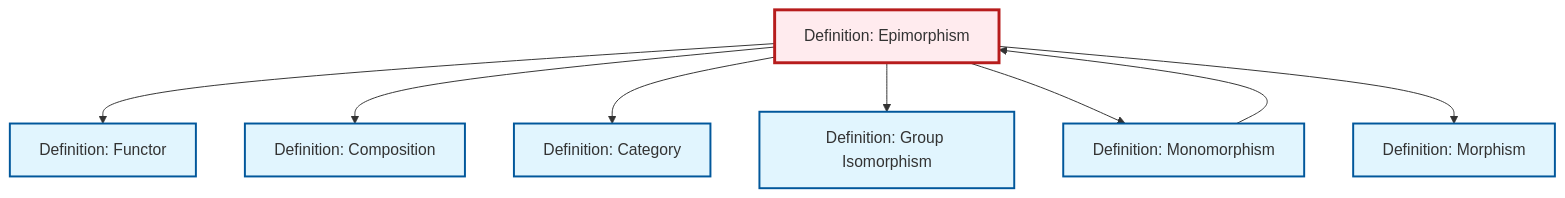
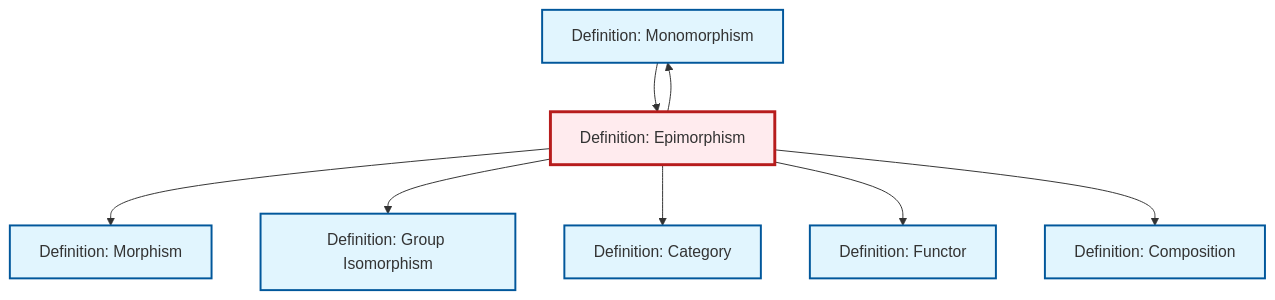
Before and after one commit to RK0429/ModernMath: the diagram in content/en/category-theory/def-epimorphism.qmd, drawn with Mermaid. The commit also changed other lines of this file and 619 other files, not shown here.

````diff
--- a/content/en/category-theory/def-epimorphism.qmd
+++ b/content/en/category-theory/def-epimorphism.qmd
@@ -96,30 +96,30 @@
 ```{mermaid}
 %%| fig-cap: "Local dependency graph"
 graph TD
     classDef definition fill:#e1f5fe,stroke:#01579b,stroke-width:2px
     classDef theorem fill:#f3e5f5,stroke:#4a148c,stroke-width:2px
     classDef axiom fill:#fff3e0,stroke:#e65100,stroke-width:2px
     classDef example fill:#e8f5e9,stroke:#1b5e20,stroke-width:2px
     classDef current fill:#ffebee,stroke:#b71c1c,stroke-width:3px
-    def-epimorphism["Definition: Epimorphism"]:::definition
-    def-category["Definition: Category"]:::definition
-    def-isomorphism["Definition: Group Isomorphism"]:::definition
-    def-morphism["Definition: Morphism"]:::definition
-    def-monomorphism["Definition: Monomorphism"]:::definition
     def-composition["Definition: Composition"]:::definition
     def-functor["Definition: Functor"]:::definition
+    def-monomorphism["Definition: Monomorphism"]:::definition
+    def-epimorphism["Definition: Epimorphism"]:::definition
+    def-morphism["Definition: Morphism"]:::definition
+    def-isomorphism["Definition: Group Isomorphism"]:::definition
+    def-category["Definition: Category"]:::definition
+    def-epimorphism --> def-morphism
     def-monomorphism --> def-epimorphism
+    def-epimorphism --> def-isomorphism
+    def-epimorphism --> def-category
     def-epimorphism --> def-functor
     def-epimorphism --> def-composition
-    def-epimorphism --> def-category
-    def-epimorphism --> def-isomorphism
     def-epimorphism --> def-monomorphism
-    def-epimorphism --> def-morphism
     class def-epimorphism current
-    click def-category "def-category.html" "Go to Category definition"
-    click def-isomorphism "def-isomorphism.html" "Go to Group Isomorphism definition"
-    click def-morphism "def-morphism.html" "Go to Morphism definition"
-    click def-monomorphism "def-monomorphism.html" "Go to Monomorphism definition"
     click def-composition "def-composition.html" "Go to Composition definition"
     click def-functor "def-functor.html" "Go to Functor definition"
+    click def-monomorphism "def-monomorphism.html" "Go to Monomorphism definition"
+    click def-morphism "def-morphism.html" "Go to Morphism definition"
+    click def-isomorphism "def-isomorphism.html" "Go to Group Isomorphism definition"
+    click def-category "def-category.html" "Go to Category definition"
 ```
````
